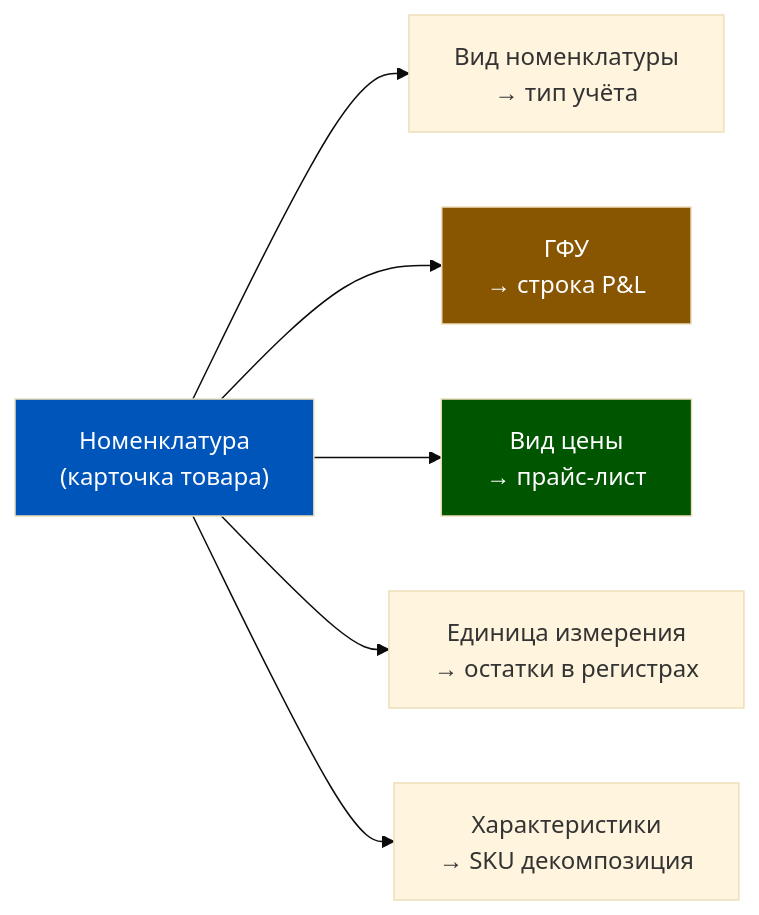
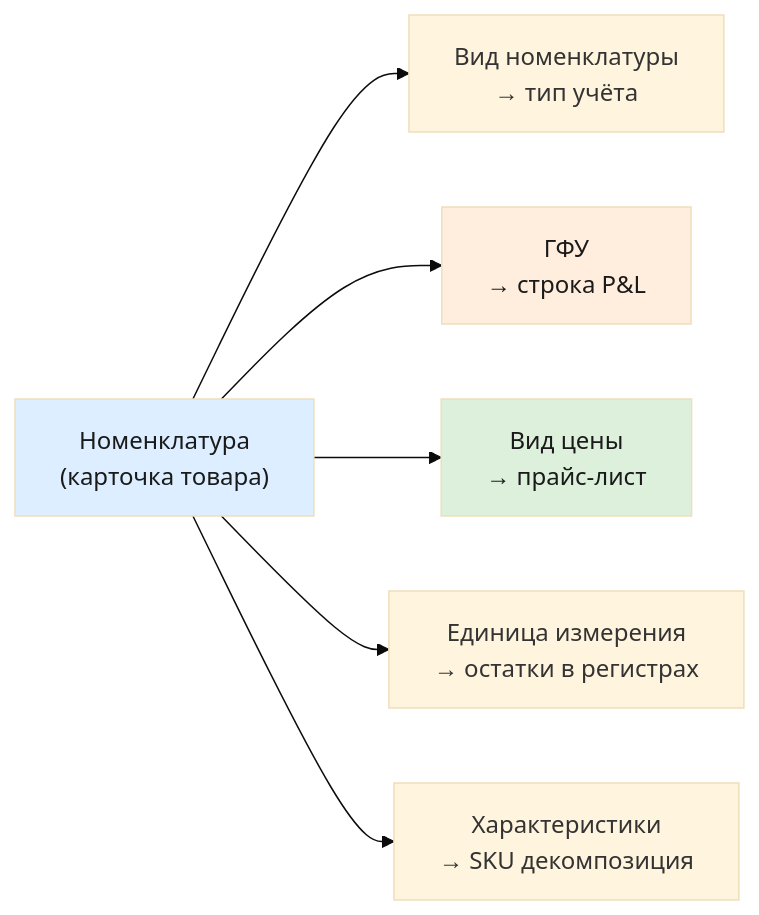
One commit to murad1986/1c-erp-quartz changed the seventh of 7 diagrams in content/1c-erp/week_2/Неделя 2 - День 1 - Номенклатура.md. Above: the diagram before and after it, drawn with Mermaid (base theme). The commit also changed other lines of this file and 57 other files, not shown here.

First line of the commit message:
fix: Mermaid — пастельные цвета в источниках диаграмм (56 файлов)

````diff
--- a/content/1c-erp/week_2/Неделя 2 - День 1 - Номенклатура.md
+++ b/content/1c-erp/week_2/Неделя 2 - День 1 - Номенклатура.md
@@ -501,19 +501,19 @@
 ```mermaid
 graph LR
     NOM["Номенклатура
 (карточка товара)"] --> VID["Вид номенклатуры
 → тип учёта"]
     NOM --> GFU["ГФУ
 → строка P&L"]
     NOM --> PRICE["Вид цены
 → прайс-лист"]
     NOM --> UNIT["Единица измерения
 → остатки в регистрах"]
     NOM --> CHAR["Характеристики
 → SKU декомпозиция"]
 
-    style NOM fill:#0055BB,color:#fff
-    style GFU fill:#885500,color:#fff
-    style PRICE fill:#005500,color:#fff
+    style NOM fill:#dceeff,color:#1a1a1a
+    style GFU fill:#ffeedd,color:#1a1a1a
+    style PRICE fill:#dcf0dc,color:#1a1a1a
 
 ```
````
